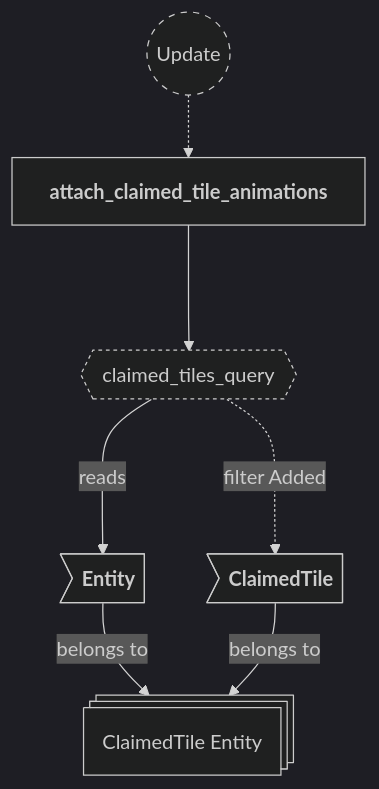
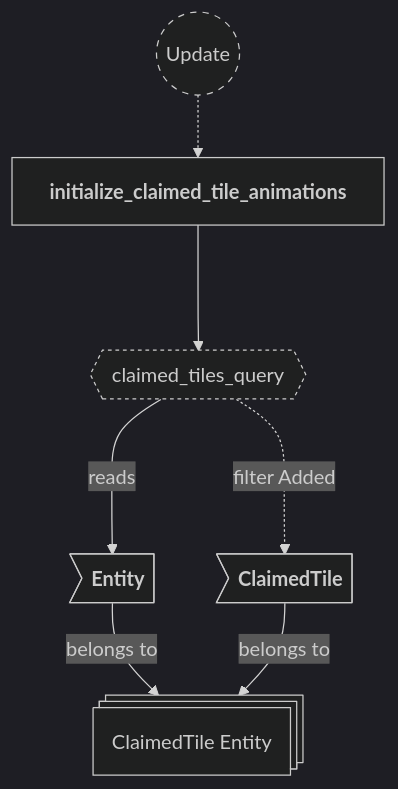
The fifth of 24 diagrams in backlog/docs/doc-5 - 004-Animations-plugin.md (neurosoup/tyled), drawn with Mermaid before and after one commit. The commit also changed other lines of this file and 4 other files, not shown here.

````diff
--- a/backlog/docs/doc-5 - 004-Animations-plugin.md
+++ b/backlog/docs/doc-5 - 004-Animations-plugin.md
@@ -227,26 +227,26 @@
 ```mermaid
 ---
 config:
   theme: dark
 ---
 
 flowchart TD
 classDef system-group stroke-dasharray: 5 5
 classDef query stroke-dasharray: 3 3
 
 update(("`Update`")):::system-group
-attach_claimed_tile_animations["`**attach_claimed_tile_animations**`"]
+initialize_claimed_tile_animations["`**initialize_claimed_tile_animations**`"]
 
-update -.-> attach_claimed_tile_animations
+update -.-> initialize_claimed_tile_animations
 
 claimed_tiles_query{{"`claimed_tiles_query`"}}:::query
-attach_claimed_tile_animations ---> claimed_tiles_query
+initialize_claimed_tile_animations ---> claimed_tiles_query
 
 claimed_tile_entity@{ shape: st-rect, label: "ClaimedTile Entity" }
 
 ct_entity>"`**Entity**`"] --> |belongs to| claimed_tile_entity
 ct_claimed>"`**ClaimedTile**`"] --> |belongs to| claimed_tile_entity
 
 claimed_tiles_query ---> |reads| ct_entity
 claimed_tiles_query -..-> |filter Added| ct_claimed
 ```
````
